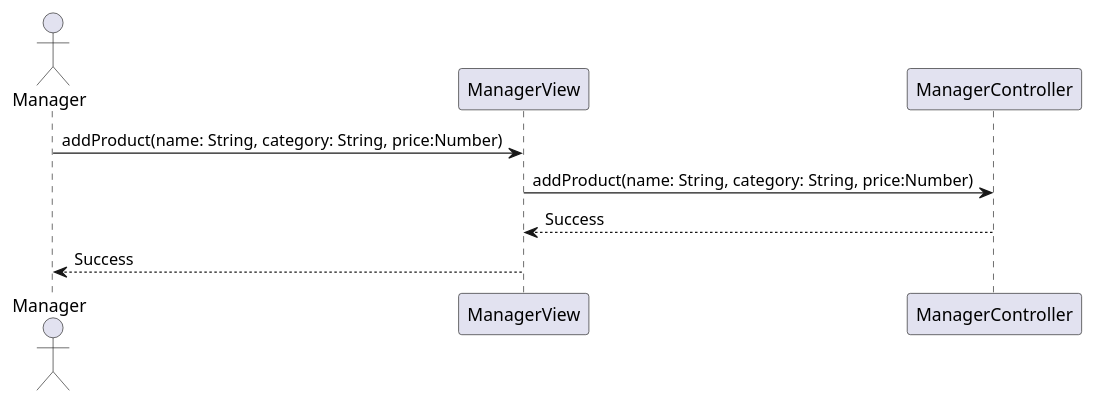
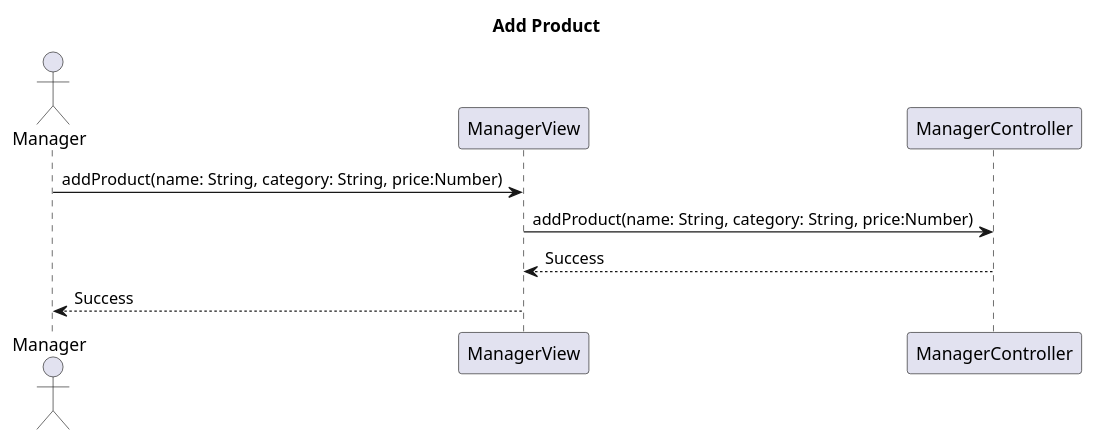
Before and after one commit to ThePhobosDeimosSuite/laboratoire-0_log430: the diagram in docs/UML/process/add-product.puml, drawn with PlantUML. The commit also changed 15 other files, not shown here.

```diff
--- a/docs/UML/process/add-product.puml
+++ b/docs/UML/process/add-product.puml
@@ -1,8 +1,9 @@
 @startuml add-product
+title Add Product
 actor Manager
 
 Manager -> ManagerView : addProduct(name: String, category: String, price:Number)
 ManagerView -> ManagerController : addProduct(name: String, category: String, price:Number)
 ManagerController --> ManagerView  :Success
 ManagerView --> Manager : Success
 @enduml
```
